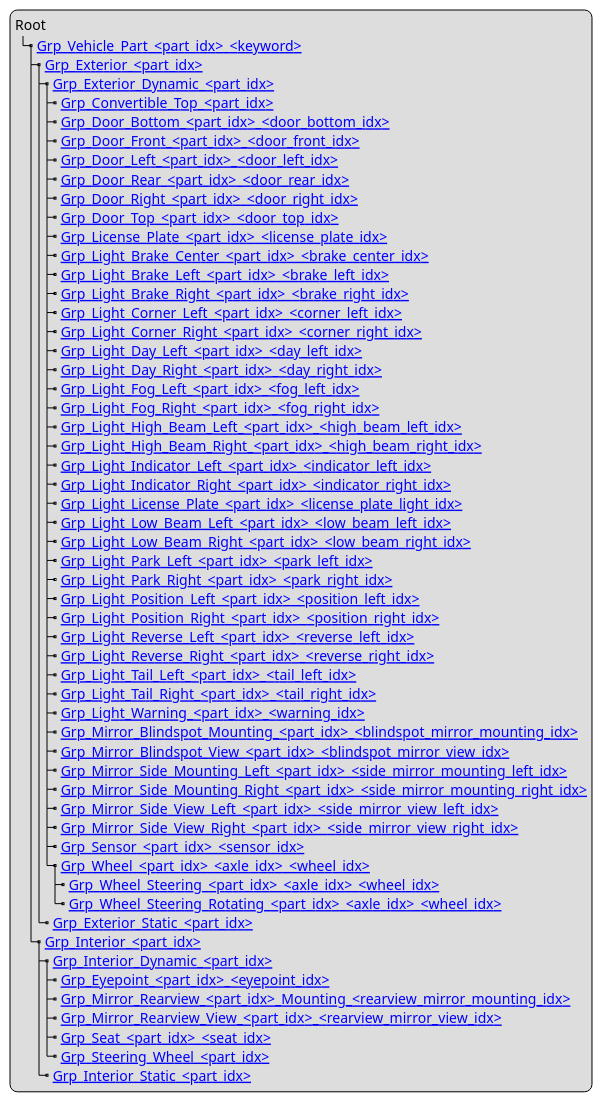
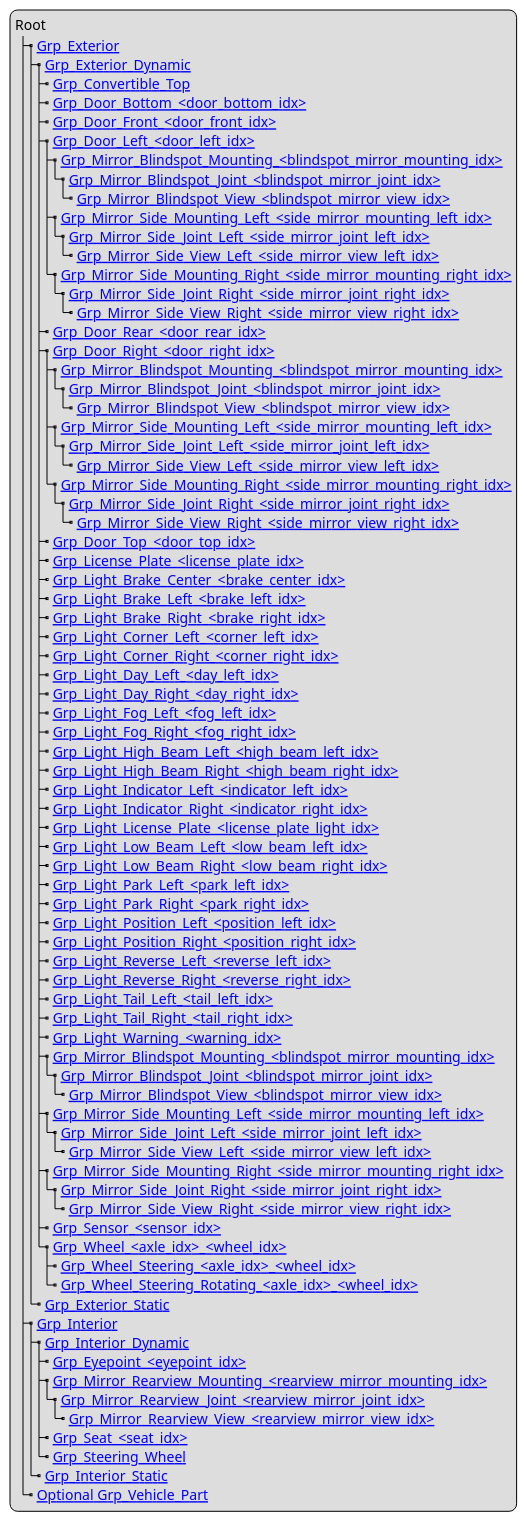
Before and after one commit to FKlopfer/OpenMATERIAL-3D: the diagram in content/geometry/object-vehicle/vehicle-structure.adoc, drawn with PlantUML. The commit also changed other lines of this file, not shown here.

Commit message:
test vehicle links

```diff
--- a/content/geometry/object-vehicle/vehicle-structure.adoc
+++ b/content/geometry/object-vehicle/vehicle-structure.adoc
@@ -9,61 +9,83 @@
 [plantuml]
 ----
 legend
 Root
-|_ [[../geometry/object-classes.html#_grp_vehicle_part_part_idx_keyword Grp_Vehicle_Part_<part_idx>_<keyword>]]
-  |_ [[../geometry/object-classes.html#_grp_exterior_part_idx Grp_Exterior_<part_idx>]]
-    |_ [[../geometry/object-classes.html#_grp_exterior_dynamic_part_idx Grp_Exterior_Dynamic_<part_idx>]]
-      |_ [[../geometry/object-classes.html#_grp_convertible_top_part_idx Grp_Convertible_Top_<part_idx>]]
-      |_ [[../geometry/object-classes.html#_grp_door_bottom_part_idx_door_bottom_idx Grp_Door_Bottom_<part_idx>_<door_bottom_idx>]]      
-      |_ [[../geometry/object-classes.html#_grp_door_front_part_idx_door_front_idx Grp_Door_Front_<part_idx>_<door_front_idx>]]
-      |_ [[../geometry/object-classes.html#_grp_door_left_part_idx_door_left_idx Grp_Door_Left_<part_idx>_<door_left_idx>]]
-      |_ [[../geometry/object-classes.html#_grp_door_rear_part_idx_door_rear_idx Grp_Door_Rear_<part_idx>_<door_rear_idx>]]
-      |_ [[../geometry/object-classes.html#_grp_door_right_part_idx_door_right_idx Grp_Door_Right_<part_idx>_<door_right_idx>]]      
-      |_ [[../geometry/object-classes.html#_grp_door_top_part_idx_door_top_idx Grp_Door_Top_<part_idx>_<door_top_idx>]]
-      |_ [[../geometry/object-classes.html#_grp_license_plate_part_idx_license_plate_idx Grp_License_Plate_<part_idx>_<license_plate_idx>]]
-      |_ [[../geometry/object-classes.html#_grp_light_brake_center_part_idx_brake_center_idx Grp_Light_Brake_Center_<part_idx>_<brake_center_idx>]]
-      |_ [[../geometry/object-classes.html#_grp_light_brake_left_part_idx_brake_left_idx Grp_Light_Brake_Left_<part_idx>_<brake_left_idx>]]      
-      |_ [[../geometry/object-classes.html#_grp_light_brake_right_part_idx_brake_right_idx Grp_Light_Brake_Right_<part_idx>_<brake_right_idx>]]
-      |_ [[../geometry/object-classes.html#_grp_light_corner_left_part_idx_corner_left_idx Grp_Light_Corner_Left_<part_idx>_<corner_left_idx>]]
-      |_ [[../geometry/object-classes.html#_grp_light_corner_right_part_idx_corner_right_idx Grp_Light_Corner_Right_<part_idx>_<corner_right_idx>]]
-      |_ [[../geometry/object-classes.html#_grp_light_day_left_part_idx_day_left_idx Grp_Light_Day_Left_<part_idx>_<day_left_idx>]]
-      |_ [[../geometry/object-classes.html#_grp_light_day_right_part_idx_day_right_idx Grp_Light_Day_Right_<part_idx>_<day_right_idx>]]
-      |_ [[../geometry/object-classes.html#_grp_light_fog_left_part_idx_fog_left_idx Grp_Light_Fog_Left_<part_idx>_<fog_left_idx>]]
-      |_ [[../geometry/object-classes.html#_grp_light_fog_right_part_idx_fog_right_idx Grp_Light_Fog_Right_<part_idx>_<fog_right_idx>]]
-      |_ [[../geometry/object-classes.html#_grp_light_high_beam_left_part_idx_high_beam_left_idx Grp_Light_High_Beam_Left_<part_idx>_<high_beam_left_idx>]]
-      |_ [[../geometry/object-classes.html#_grp_light_high_beam_right_part_idx_high_beam_right_idx Grp_Light_High_Beam_Right_<part_idx>_<high_beam_right_idx>]]
-      |_ [[../geometry/object-classes.html#_grp_light_indicator_left_part_idx_indicator_left_idx Grp_Light_Indicator_Left_<part_idx>_<indicator_left_idx>]]
-      |_ [[../geometry/object-classes.html#_grp_light_indicator_right_part_idx_indicator_right_idx Grp_Light_Indicator_Right_<part_idx>_<indicator_right_idx>]]
-      |_ [[../geometry/object-classes.html#_grp_light_license_plate_part_idx_license_plate_light_idx Grp_Light_License_Plate_<part_idx>_<license_plate_light_idx>]]
-      |_ [[../geometry/object-classes.html#_grp_light_low_beam_left_part_idx_low_beam_left_idx Grp_Light_Low_Beam_Left_<part_idx>_<low_beam_left_idx>]]
-      |_ [[../geometry/object-classes.html#_grp_light_low_beam_right_part_idx_low_beam_right_idx Grp_Light_Low_Beam_Right_<part_idx>_<low_beam_right_idx>]]
-      |_ [[../geometry/object-classes.html#_grp_light_park_left_part_idx_park_left_idx Grp_Light_Park_Left_<part_idx>_<park_left_idx>]]
-      |_ [[../geometry/object-classes.html#_grp_light_park_right_part_idx_park_right_idx Grp_Light_Park_Right_<part_idx>_<park_right_idx> ]]
-      |_ [[../geometry/object-classes.html#_grp_light_position_left_part_idx_position_left_idx Grp_Light_Position_Left_<part_idx>_<position_left_idx>]]
-      |_ [[../geometry/object-classes.html#_grp_light_position_right_part_idx_position_right_idx Grp_Light_Position_Right_<part_idx>_<position_right_idx>]]
-      |_ [[../geometry/object-classes.html#_grp_light_reverse_left_part_idx_reverse_left_idx Grp_Light_Reverse_Left_<part_idx>_<reverse_left_idx>]]
-      |_ [[../geometry/object-classes.html#_grp_light_reverse_right_part_idx_reverse_right_idx Grp_Light_Reverse_Right_<part_idx>_<reverse_right_idx>]]
-      |_ [[../geometry/object-classes.html#_grp_light_tail_left_part_idx_tail_left_idx Grp_Light_Tail_Left_<part_idx>_<tail_left_idx>]]
-      |_ [[../geometry/object-classes.html#_grp_light_tail_right_part_idx_tail_right_idx Grp_Light_Tail_Right_<part_idx>_<tail_right_idx>]]
-      |_ [[../geometry/object-classes.html#_grp_light_warning_part_idx_warning_idx Grp_Light_Warning_<part_idx>_<warning_idx>]]
-      |_ [[../geometry/object-classes.html#_grp_mirror_blindspot_mounting_part_idx_blindspot_mirror_mounting_idx Grp_Mirror_Blindspot_Mounting_<part_idx>_<blindspot_mirror_mounting_idx>]]
-      |_ [[../geometry/object-classes.html#_grp_mirror_blindspot_view_part_idx_blindspot_mirror_view_idx Grp_Mirror_Blindspot_View_<part_idx>_<blindspot_mirror_view_idx>]] 
-      |_ [[../geometry/object-classes.html#_grp_mirror_side_mounting_left_part_idx_side_mirror_mounting_left_id Grp_Mirror_Side_Mounting_Left_<part_idx>_<side_mirror_mounting_left_idx>]]
-      |_ [[../geometry/object-classes.html#_grp_mirror_side_mounting_right_part_idx_side_mirror_mounting_right_idx Grp_Mirror_Side_Mounting_Right_<part_idx>_<side_mirror_mounting_right_idx>]]
-      |_ [[../geometry/object-classes.html#_grp_mirror_side_view_left_part_idx_side_mirror_view_left_idx Grp_Mirror_Side_View_Left_<part_idx>_<side_mirror_view_left_idx> ]]     
-      |_ [[../geometry/object-classes.html#_grp_mirror_side_view_right_part_idx_side_mirror_view_right_idx Grp_Mirror_Side_View_Right_<part_idx>_<side_mirror_view_right_idx> ]]          
-      |_ [[../geometry/object-classes.html#_grp_sensor_part_idx_sensor_idx Grp_Sensor_<part_idx>_<sensor_idx>]]
-      |_ [[../geometry/object-classes.html#_grp_wheel_part_idx_axle_idx_wheel_idx Grp_Wheel_<part_idx>_<axle_idx>_<wheel_idx>]]
-        |_ [[../geometry/object-classes.html#_grp_wheel_steering_part_idx_axle_idx_wheel_idx Grp_Wheel_Steering_<part_idx>_<axle_idx>_<wheel_idx>]]
-        |_ [[../geometry/object-classes.html#_grp_wheel_steering_rotating_part_idx_axle_idx_wheel_idx Grp_Wheel_Steering_Rotating_<part_idx>_<axle_idx>_<wheel_idx>]]
-    |_ [[../geometry/object-classes.html#_grp_exterior_static_part_idx Grp_Exterior_Static_<part_idx>]]
-  |_ [[../geometry/object-classes.html#_grp_interior_part_idx Grp_Interior_<part_idx>]]
-    |_ [[../geometry/object-classes.html#_grp_interior_dynamic_part_idx Grp_Interior_Dynamic_<part_idx>]]
-      |_ [[../geometry/object-classes.html#_grp_eyepoint_part_idx_eyepoint_idx Grp_Eyepoint_<part_idx>_<eyepoint_idx>]]
-      |_ [[../geometry/object-classes.html#_grp_mirror_rearview_mounting_part_idx_rearview_mirror_mounting_idx Grp_Mirror_Rearview_<part_idx>_Mounting_<rearview_mirror_mounting_idx>]]
-      |_ [[../geometry/object-classes.html#_grp_mirror_rearview_view_part_idx_rearview_mirror_view_idx Grp_Mirror_Rearview_View_<part_idx>_<rearview_mirror_view_idx>]]
-      |_ [[../geometry/object-classes.html#_grp_seat_part_idx_seat_idx Grp_Seat_<part_idx>_<seat_idx>]]
-      |_ [[../geometry/object-classes.html#_grp_steering_wheel_part_idx Grp_Steering_Wheel_<part_idx>]]
-    |_ [[../geometry/object-classes.html#_grp_interior_static_part_idx Grp_Interior_Static_<part_idx>]]
+|_ [[../geometry/object-classes.html#_grp_exterior Grp_Exterior]]
+  |_ [[../geometry/object-classes.html#_grp_exterior_dynamic Grp_Exterior_Dynamic]]
+    |_ [[../geometry/object-classes.html#_grp_convertible_top Grp_Convertible_Top]]
+    |_ [[../geometry/object-classes.html#_grp_door_bottom_door_bottom_idx Grp_Door_Bottom_<door_bottom_idx>]]      
+    |_ [[../geometry/object-classes.html#_grp_door_front_door_front_idx Grp_Door_Front_<door_front_idx>]]
+    |_ [[../geometry/object-classes.html#_grp_door_left_door_left_idx Grp_Door_Left_<door_left_idx>]]
+      |_ [[../geometry/object-classes.html#_grp_mirror_blindspot_mounting_blindspot_mirror_mounting_idx Grp_Mirror_Blindspot_Mounting_<blindspot_mirror_mounting_idx>]]
+        |_ [[../geometry/object-classes.html#_grp_mirror_blindspot_joint_blindspot_mirror_joint_idx Grp_Mirror_Blindspot_Joint_<blindspot_mirror_joint_idx>]] 
+          |_ [[../geometry/object-classes.html#_grp_mirror_blindspot_view_blindspot_mirror_view_idx Grp_Mirror_Blindspot_View_<blindspot_mirror_view_idx>]] 
+      |_ [[../geometry/object-classes.html#_grp_mirror_side_mounting_left_side_mirror_mounting_left_id Grp_Mirror_Side_Mounting_Left_<side_mirror_mounting_left_idx>]]
+        |_ [[../geometry/object-classes.html#_grp_mirror_side_joint_left_side_mirror_joint_left_idx Grp_Mirror_Side_Joint_Left_<side_mirror_joint_left_idx> ]]
+          |_ [[../geometry/object-classes.html#_grp_mirror_side_view_left_side_mirror_view_left_idx Grp_Mirror_Side_View_Left_<side_mirror_view_left_idx> ]]
+      |_ [[../geometry/object-classes.html#_grp_mirror_side_mounting_right_side_mirror_mounting_right_idx Grp_Mirror_Side_Mounting_Right_<side_mirror_mounting_right_idx>]]
+        |_ [[../geometry/object-classes.html#_grp_mirror_side_joint_right_side_mirror_joint_right_idx Grp_Mirror_Side_Joint_Right_<side_mirror_joint_right_idx> ]]   
+          |_ [[../geometry/object-classes.html#_grp_mirror_side_view_right_side_mirror_view_right_idx Grp_Mirror_Side_View_Right_<side_mirror_view_right_idx> ]]
+    |_ [[../geometry/object-classes.html#_grp_door_rear_door_rear_idx Grp_Door_Rear_<door_rear_idx>]]
+    |_ [[../geometry/object-classes.html#_grp_door_right_door_right_idx Grp_Door_Right_<door_right_idx>]]
+      |_ [[../geometry/object-classes.html#_grp_mirror_blindspot_mounting_blindspot_mirror_mounting_idx Grp_Mirror_Blindspot_Mounting_<blindspot_mirror_mounting_idx>]]
+        |_ [[../geometry/object-classes.html#_grp_mirror_blindspot_joint_blindspot_mirror_joint_idx Grp_Mirror_Blindspot_Joint_<blindspot_mirror_joint_idx>]] 
+          |_ [[../geometry/object-classes.html#_grp_mirror_blindspot_view_blindspot_mirror_view_idx Grp_Mirror_Blindspot_View_<blindspot_mirror_view_idx>]]
+      |_ [[../geometry/object-classes.html#_grp_mirror_side_mounting_left_side_mirror_mounting_left_id Grp_Mirror_Side_Mounting_Left_<side_mirror_mounting_left_idx>]]
+        |_ [[../geometry/object-classes.html#_grp_mirror_side_joint_left_side_mirror_joint_left_idx Grp_Mirror_Side_Joint_Left_<side_mirror_joint_left_idx> ]]
+          |_ [[../geometry/object-classes.html#_grp_mirror_side_view_left_side_mirror_view_left_idx Grp_Mirror_Side_View_Left_<side_mirror_view_left_idx> ]]
+      |_ [[../geometry/object-classes.html#_grp_mirror_side_mounting_right_side_mirror_mounting_right_idx Grp_Mirror_Side_Mounting_Right_<side_mirror_mounting_right_idx>]]
+        |_ [[../geometry/object-classes.html#_grp_mirror_side_joint_right_side_mirror_joint_right_idx Grp_Mirror_Side_Joint_Right_<side_mirror_joint_right_idx> ]]
+          |_ [[../geometry/object-classes.html#_grp_mirror_side_view_right_side_mirror_view_right_idx Grp_Mirror_Side_View_Right_<side_mirror_view_right_idx> ]]
+    |_ [[../geometry/object-classes.html#_grp_door_top_door_top_idx Grp_Door_Top_<door_top_idx>]]
+    |_ [[../geometry/object-classes.html#_grp_license_plate_license_plate_idx Grp_License_Plate_<license_plate_idx>]]
+    |_ [[../geometry/object-classes.html#_grp_light_brake_center_brake_center_idx Grp_Light_Brake_Center_<brake_center_idx>]]
+    |_ [[../geometry/object-classes.html#_grp_light_brake_left_brake_left_idx Grp_Light_Brake_Left_<brake_left_idx>]]      
+    |_ [[../geometry/object-classes.html#_grp_light_brake_right_brake_right_idx Grp_Light_Brake_Right_<brake_right_idx>]]
+    |_ [[../geometry/object-classes.html#_grp_light_corner_left_corner_left_idx Grp_Light_Corner_Left_<corner_left_idx>]]
+    |_ [[../geometry/object-classes.html#_grp_light_corner_right_corner_right_idx Grp_Light_Corner_Right_<corner_right_idx>]]
+    |_ [[../geometry/object-classes.html#_grp_light_day_left_day_left_idx Grp_Light_Day_Left_<day_left_idx>]]
+    |_ [[../geometry/object-classes.html#_grp_light_day_right_day_right_idx Grp_Light_Day_Right_<day_right_idx>]]
+    |_ [[../geometry/object-classes.html#_grp_light_fog_left_fog_left_idx Grp_Light_Fog_Left_<fog_left_idx>]]
+    |_ [[../geometry/object-classes.html#_grp_light_fog_right_fog_right_idx Grp_Light_Fog_Right_<fog_right_idx>]]
+    |_ [[../geometry/object-classes.html#_grp_light_high_beam_left_high_beam_left_idx Grp_Light_High_Beam_Left_<high_beam_left_idx>]]
+    |_ [[../geometry/object-classes.html#_grp_light_high_beam_right_high_beam_right_idx Grp_Light_High_Beam_Right_<high_beam_right_idx>]]
+    |_ [[../geometry/object-classes.html#_grp_light_indicator_left_indicator_left_idx Grp_Light_Indicator_Left_<indicator_left_idx>]]
+    |_ [[../geometry/object-classes.html#_grp_light_indicator_right_indicator_right_idx Grp_Light_Indicator_Right_<indicator_right_idx>]]
+    |_ [[../geometry/object-classes.html#_grp_light_license_plate_license_plate_light_idx Grp_Light_License_Plate_<license_plate_light_idx>]]
+    |_ [[../geometry/object-classes.html#_grp_light_low_beam_left_low_beam_left_idx Grp_Light_Low_Beam_Left_<low_beam_left_idx>]]
+    |_ [[../geometry/object-classes.html#_grp_light_low_beam_right_low_beam_right_idx Grp_Light_Low_Beam_Right_<low_beam_right_idx>]]
+    |_ [[../geometry/object-classes.html#_grp_light_park_left_park_left_idx Grp_Light_Park_Left_<park_left_idx>]]
+    |_ [[../geometry/object-classes.html#_grp_light_park_right_park_right_idx Grp_Light_Park_Right_<park_right_idx> ]]
+    |_ [[../geometry/object-classes.html#_grp_light_position_left_position_left_idx Grp_Light_Position_Left_<position_left_idx>]]
+    |_ [[../geometry/object-classes.html#_grp_light_position_right_position_right_idx Grp_Light_Position_Right_<position_right_idx>]]
+    |_ [[../geometry/object-classes.html#_grp_light_reverse_left_reverse_left_idx Grp_Light_Reverse_Left_<reverse_left_idx>]]
+    |_ [[../geometry/object-classes.html#_grp_light_reverse_right_reverse_right_idx Grp_Light_Reverse_Right_<reverse_right_idx>]]
+    |_ [[../geometry/object-classes.html#_grp_light_tail_left_tail_left_idx Grp_Light_Tail_Left_<tail_left_idx>]]
+    |_ [[../geometry/object-classes.html#_grp_light_tail_right_tail_right_idx Grp_Light_Tail_Right_<tail_right_idx>]]
+    |_ [[../geometry/object-classes.html#_grp_light_warning_warning_idx Grp_Light_Warning_<warning_idx>]]
+    |_ [[../geometry/object-classes.html#_grp_mirror_blindspot_mounting_blindspot_mirror_mounting_idx Grp_Mirror_Blindspot_Mounting_<blindspot_mirror_mounting_idx>]]
+      |_ [[../geometry/object-classes.html#_grp_mirror_blindspot_joint_blindspot_mirror_joint_idx Grp_Mirror_Blindspot_Joint_<blindspot_mirror_joint_idx>]] 
+        |_ [[../geometry/object-classes.html#_grp_mirror_blindspot_view_blindspot_mirror_view_idx Grp_Mirror_Blindspot_View_<blindspot_mirror_view_idx>]] 
+    |_ [[../geometry/object-classes.html#_grp_mirror_side_mounting_left_side_mirror_mounting_left_id Grp_Mirror_Side_Mounting_Left_<side_mirror_mounting_left_idx>]]
+      |_ [[../geometry/object-classes.html#_grp_mirror_side_joint_left_side_mirror_joint_left_idx Grp_Mirror_Side_Joint_Left_<side_mirror_joint_left_idx> ]]
+        |_ [[../geometry/object-classes.html#_grp_mirror_side_view_left_side_mirror_view_left_idx Grp_Mirror_Side_View_Left_<side_mirror_view_left_idx> ]]
+    |_ [[../geometry/object-classes.html#_grp_mirror_side_mounting_right_side_mirror_mounting_right_idx Grp_Mirror_Side_Mounting_Right_<side_mirror_mounting_right_idx>]]
+      |_ [[../geometry/object-classes.html#_grp_mirror_side_joint_right_side_mirror_joint_right_idx Grp_Mirror_Side_Joint_Right_<side_mirror_joint_right_idx> ]]   
+        |_ [[../geometry/object-classes.html#_grp_mirror_side_view_right_side_mirror_view_right_idx Grp_Mirror_Side_View_Right_<side_mirror_view_right_idx> ]]          
+    |_ [[../geometry/object-classes.html#_grp_sensor_sensor_idx Grp_Sensor_<sensor_idx>]]
+    |_ [[../geometry/object-classes.html#_grp_wheel_axle_idx_wheel_idx Grp_Wheel_<axle_idx>_<wheel_idx>]]
+      |_ [[../geometry/object-classes.html#_grp_wheel_steering_axle_idx_wheel_idx Grp_Wheel_Steering_<axle_idx>_<wheel_idx>]]
+      |_ [[../geometry/object-classes.html#_grp_wheel_steering_rotating_axle_idx_wheel_idx Grp_Wheel_Steering_Rotating_<axle_idx>_<wheel_idx>]]
+  |_ [[../geometry/object-classes.html#_grp_exterior_static Grp_Exterior_Static]]
+|_ [[../geometry/object-classes.html#_grp_interior Grp_Interior]]
+  |_ [[../geometry/object-classes.html#_grp_interior_dynamic Grp_Interior_Dynamic]]
+    |_ [[../geometry/object-classes.html#_grp_eyepoint_eyepoint_idx Grp_Eyepoint_<eyepoint_idx>]]
+    |_ [[../geometry/object-classes.html#_grp_mirror_rearview_mounting_rearview_mirror_mounting_idx Grp_Mirror_Rearview_Mounting_<rearview_mirror_mounting_idx>]]
+      |_ [[../geometry/object-classes.html#_grp_mirror_rearview_joint_rearview_mirror_joint_idx Grp_Mirror_Rearview_Joint_<rearview_mirror_joint_idx>]]
+        |_ [[../geometry/object-classes.html#_grp_mirror_rearview_view_rearview_mirror_view_idx Grp_Mirror_Rearview_View_<rearview_mirror_view_idx>]]
+    |_ [[../geometry/object-classes.html#_grp_seat_seat_idx Grp_Seat_<seat_idx>]]
+    |_ [[../geometry/object-classes.html#_grp_steering_wheel Grp_Steering_Wheel]]
+  |_ [[../geometry/object-classes.html#_grp_interior_static Grp_Interior_Static]]
+|_ [[../geometry/object-classes.html#_grp_vehicle_part Optional Grp_Vehicle_Part]]
 end legend
 ----
```
